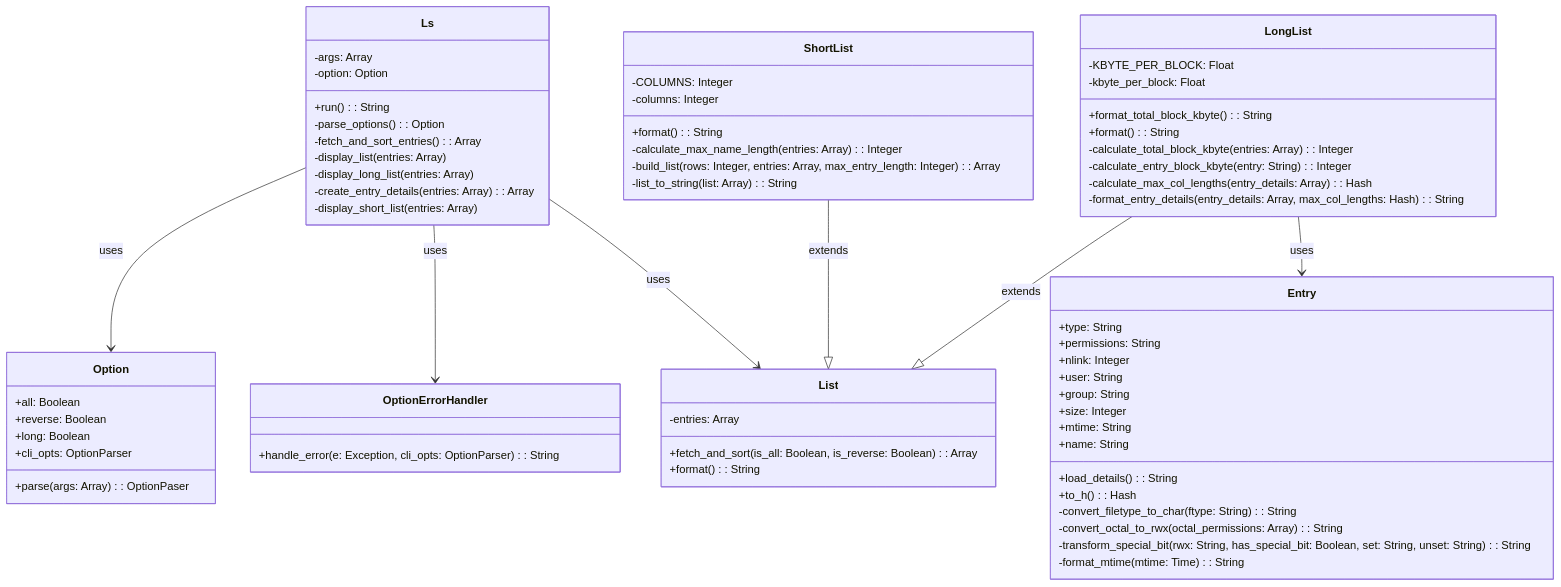
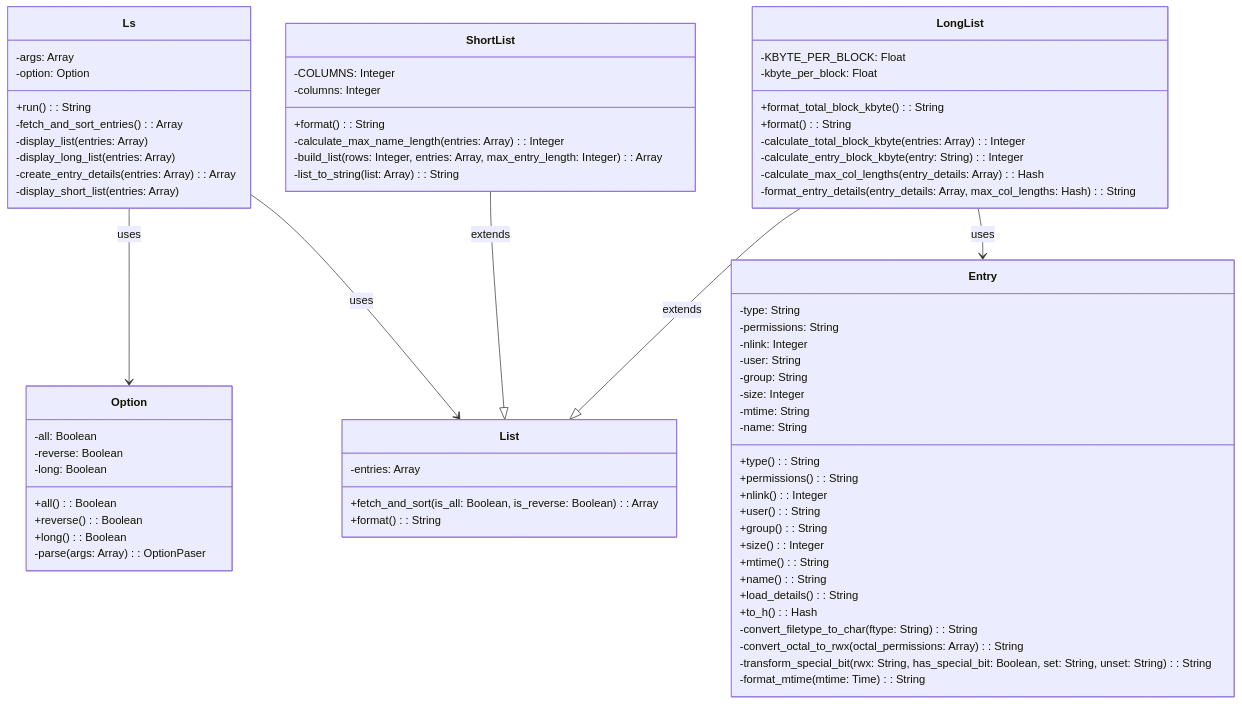
One commit to takao0206/ruby-practices changed the diagram in 07.ls_object/ls.md. Above: the diagram before and after it, drawn with Mermaid. The commit also changed 3 other files, not shown here.

````diff
--- a/07.ls_object/ls.md
+++ b/07.ls_object/ls.md
@@ -1,69 +1,74 @@
 ```mermaid
 classDiagram
     class Ls {
         -args: Array
         -option: Option
         +run(): String
-        -parse_options(): Option
         -fetch_and_sort_entries(): Array
         -display_list(entries: Array)
         -display_long_list(entries: Array)
         -create_entry_details(entries: Array): Array
         -display_short_list(entries: Array)
     }
     class Option {
-        +all: Boolean
-        +reverse: Boolean
-        +long: Boolean
-        +cli_opts: OptionParser
-        +parse(args: Array): OptionPaser
-    }
-    class OptionErrorHandler {
-        +handle_error(e: Exception, cli_opts: OptionParser): String
+        -all: Boolean
+        -reverse: Boolean
+        -long: Boolean
+        +all(): Boolean
+        +reverse(): Boolean
+        +long(): Boolean
+        -parse(args: Array): OptionPaser
     }
     class List {
         -entries: Array
         +fetch_and_sort(is_all: Boolean, is_reverse: Boolean): Array
         +format(): String
     }
     class ShortList {
         -COLUMNS: Integer
         -columns: Integer
         +format(): String
         -calculate_max_name_length(entries: Array): Integer
         -build_list(rows: Integer, entries: Array, max_entry_length: Integer): Array
         -list_to_string(list: Array): String
     }
     class LongList {
         -KBYTE_PER_BLOCK: Float
         -kbyte_per_block: Float
         +format_total_block_kbyte(): String
         +format(): String
         -calculate_total_block_kbyte(entries: Array): Integer
         -calculate_entry_block_kbyte(entry: String): Integer
         -calculate_max_col_lengths(entry_details: Array): Hash
         -format_entry_details(entry_details: Array, max_col_lengths: Hash): String
     }
     class Entry {
-        +type: String
-        +permissions: String
-        +nlink: Integer
-        +user: String
-        +group: String
-        +size: Integer
-        +mtime: String
-        +name: String
+        -type: String
+        -permissions: String
+        -nlink: Integer
+        -user: String
+        -group: String
+        -size: Integer
+        -mtime: String
+        -name: String
+        +type(): String
+        +permissions(): String
+        +nlink(): Integer
+        +user(): String
+        +group(): String
+        +size(): Integer
+        +mtime(): String
+        +name(): String
         +load_details(): String
         +to_h(): Hash
         -convert_filetype_to_char(ftype: String): String
         -convert_octal_to_rwx(octal_permissions: Array): String
         -transform_special_bit(rwx: String, has_special_bit: Boolean, set: String, unset: String): String
         -format_mtime(mtime: Time): String
     }
     Ls --> Option : uses
-    Ls --> OptionErrorHandler : uses
     Ls --> List : uses
     ShortList --|> List : extends
     LongList --|> List : extends
     LongList --> Entry : uses
 ```
````
